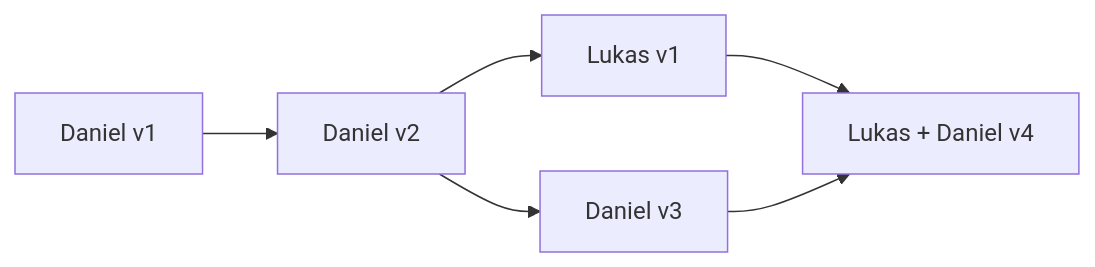
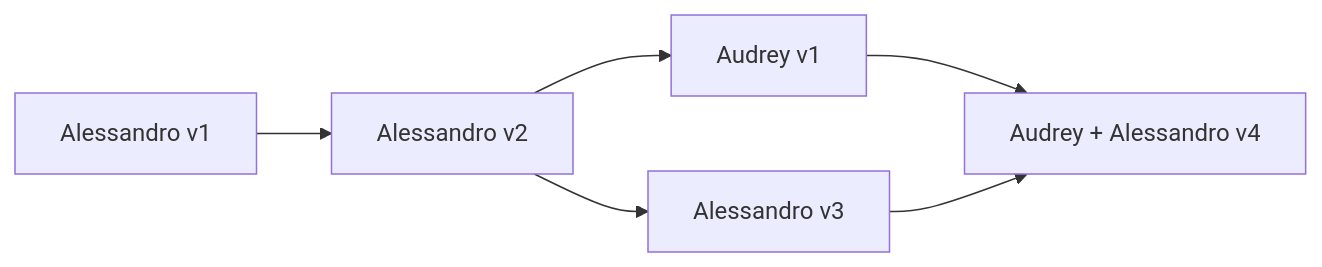
The first of 6 diagrams in slides/04_collaboration.qmd (openstatsware/shortcourse-iscb2025), drawn with Mermaid before and after one commit. The commit also changed other lines of this file and 2 other files, not shown here.

````diff
--- a/slides/04_collaboration.qmd
+++ b/slides/04_collaboration.qmd
@@ -71,8 +91,8 @@
 ```{mermaid}
 flowchart LR
-  A[Daniel v1] --> B[Daniel v2]
-  B --> C[Daniel v3]
-  B --> D[Lukas v1]
-  D --> E[Lukas + Daniel v4]
+  A[Alessandro v1] --> B[Alessandro v2]
+  B --> C[Alessandro v3]
+  B --> D[Audrey v1]
+  D --> E[Audrey + Alessandro v4]
   C --> E
 ```
````
